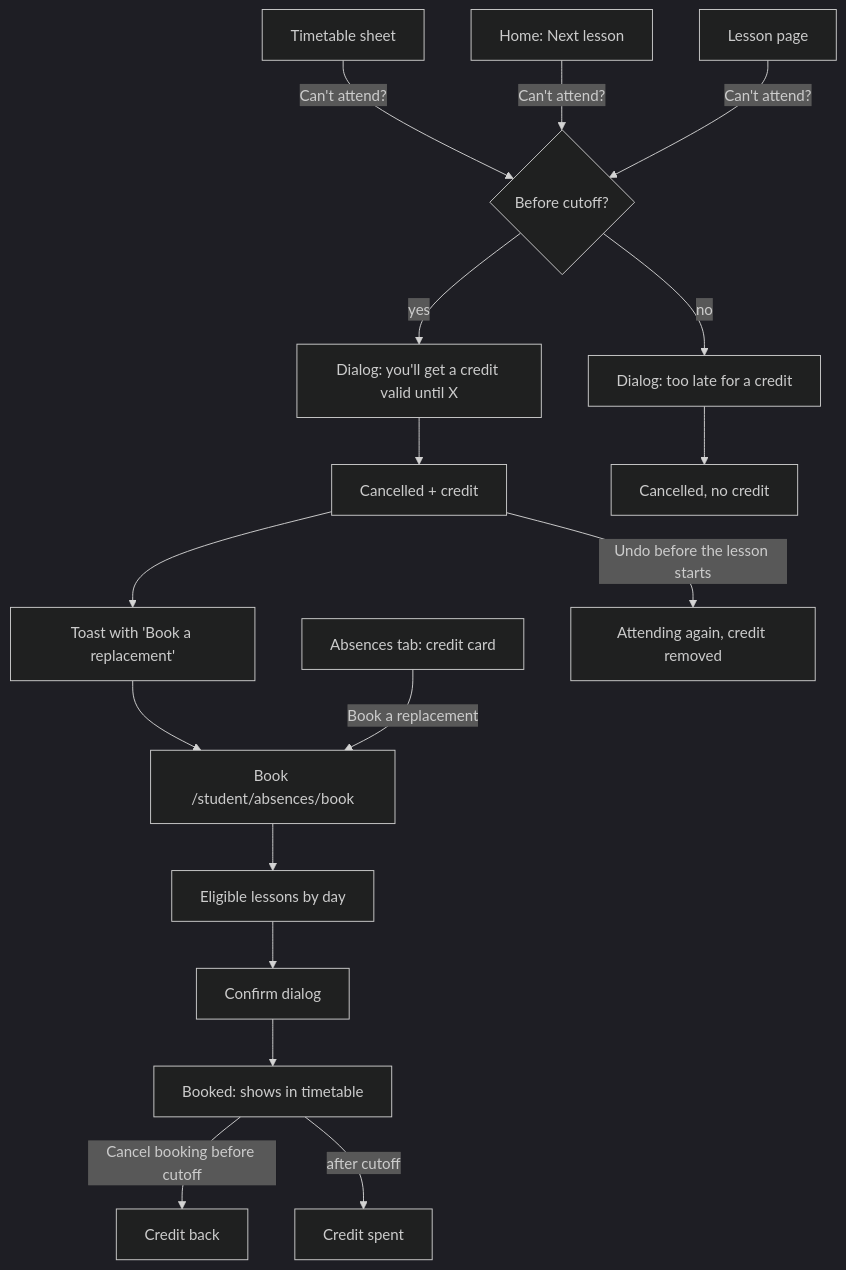
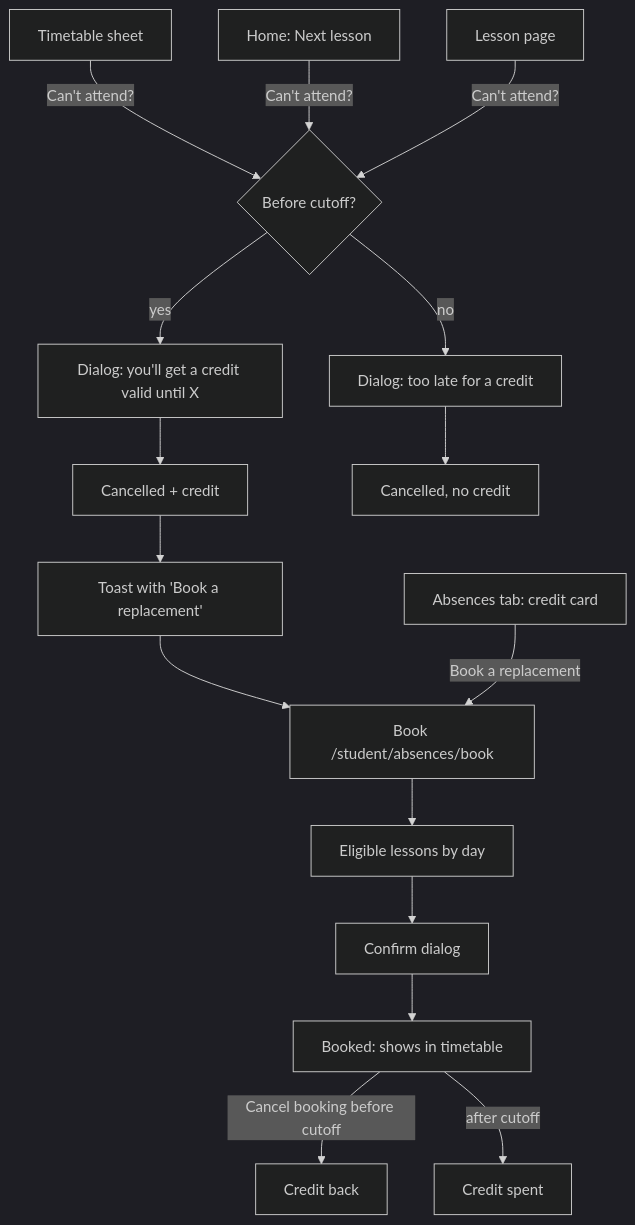
One commit to NoncommissionedRush/schoolmanager changed the first of 3 diagrams in docs/design/absences.md. Above: the diagram before and after it, drawn with Mermaid (dark theme). The commit also changed other lines of this file and 1 other file, not shown here.

````diff
--- a/docs/design/absences.md
+++ b/docs/design/absences.md
@@ -138,16 +152,15 @@
 ```mermaid
 flowchart TD
   E1[Timetable sheet] -->|Can't attend?| D
   E2[Home: Next lesson] -->|Can't attend?| D
   E3[Lesson page] -->|Can't attend?| D
   D{Before cutoff?}
   D -->|yes| C1[Dialog: you'll get a credit valid until X] --> OK1[Cancelled + credit]
   D -->|no| C2[Dialog: too late for a credit] --> OK2[Cancelled, no credit]
   OK1 --> T[Toast with 'Book a replacement']
   T --> B["Book /student/absences/book"]
   A["Absences tab: credit card"] -->|Book a replacement| B
   B --> L[Eligible lessons by day] --> CF[Confirm dialog] --> R[Booked: shows in timetable]
   R -->|Cancel booking before cutoff| CB[Credit back]
   R -->|after cutoff| CS[Credit spent]
-  OK1 -->|Undo before the lesson starts| U[Attending again, credit removed]
 ```
````
